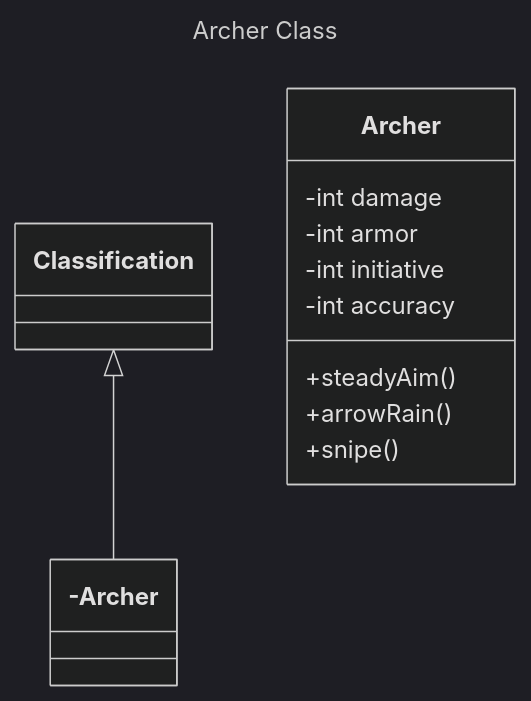
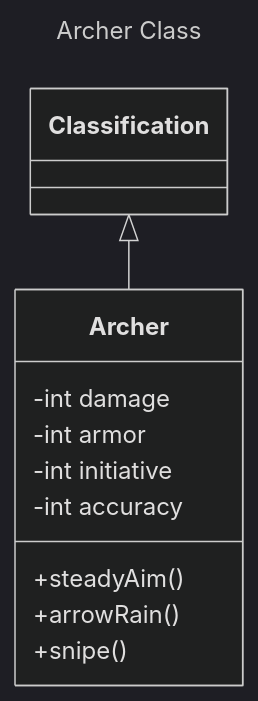
Before and after one commit to pacalso-jjc/2425-2nd-cc3-1e-rpg: the diagram in wiki/Class-Diagram---Archer.md, drawn with Mermaid (dark theme).

Commit message:
fixed syntax typo

````diff
--- a/wiki/Class-Diagram---Archer.md
+++ b/wiki/Class-Diagram---Archer.md
@@ -1,16 +1,16 @@
 ```mermaid
 ---
 title: Archer Class
 ---
 classDiagram
-    Classification <|--- Archer
+    Classification <|-- Archer
     class Archer {
         -int damage
         -int armor
         -int initiative
         -int accuracy
         +steadyAim()
         +arrowRain()
         +snipe()
     }
 ```
````
